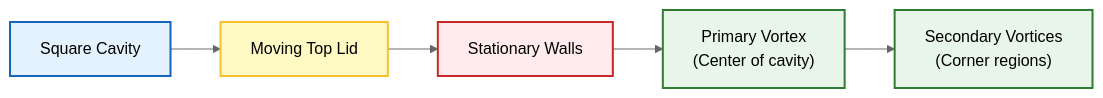
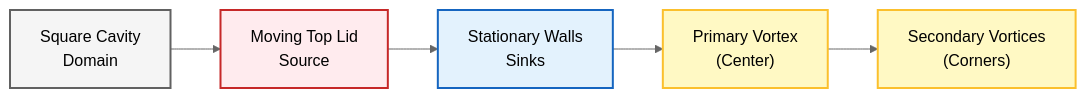
Before and after one commit to wramet/build-my-cfd: the first of 4 diagrams in MODULE_01_CFD_FUNDAMENTALS/CONTENT/04_FIRST_SIMULATION/01_Introduction.md, drawn with Mermaid (neutral theme). The commit also changed other lines of this file and 313 other files, not shown here.

Commit message:
Revise all diagram

````diff
--- a/MODULE_01_CFD_FUNDAMENTALS/CONTENT/04_FIRST_SIMULATION/01_Introduction.md
+++ b/MODULE_01_CFD_FUNDAMENTALS/CONTENT/04_FIRST_SIMULATION/01_Introduction.md
@@ -7,13 +7,12 @@
 ```mermaid
 graph LR
-    A["Square Cavity"] --> B["Moving Top Lid"]
-    B --> C["Stationary Walls"]
-    C --> D["Primary Vortex<br/>(Center of cavity)"]
-    D --> E["Secondary Vortices<br/>(Corner regions)"]
+    A["Square Cavity<br/>Domain"]:::context --> B["Moving Top Lid<br/>Source"]:::volatile
+    B --> C["Stationary Walls<br/>Sinks"]:::implicit
+    C --> D["Primary Vortex<br/>(Center)"]:::explicit
+    D --> E["Secondary Vortices<br/>(Corners)"]:::explicit
 
-    style A fill:#e3f2fd,stroke:#1565c0,stroke-width:2px,color:#000;
-    style B fill:#fff9c4,stroke:#fbc02d,stroke-width:2px,color:#000;
-    style C fill:#ffebee,stroke:#c62828,stroke-width:2px,color:#000;
-    style D fill:#e8f5e9,stroke:#2e7d32,stroke-width:2px,color:#000;
-    style E fill:#e8f5e9,stroke:#2e7d32,stroke-width:2px,color:#000;
+    classDef context fill:#f5f5f5,stroke:#616161,stroke-width:2px,color:#000;
+    classDef implicit fill:#e3f2fd,stroke:#1565c0,stroke-width:2px,color:#000;
+    classDef explicit fill:#fff9c4,stroke:#fbc02d,stroke-width:2px,color:#000;
+    classDef volatile fill:#ffebee,stroke:#c62828,stroke-width:2px,color:#000;
 ```
````
